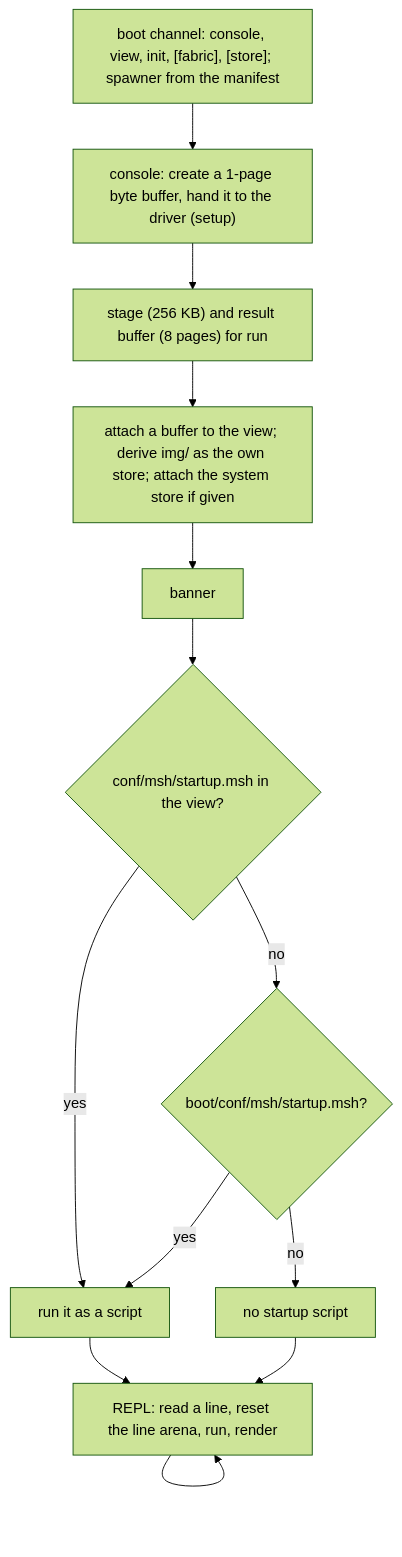
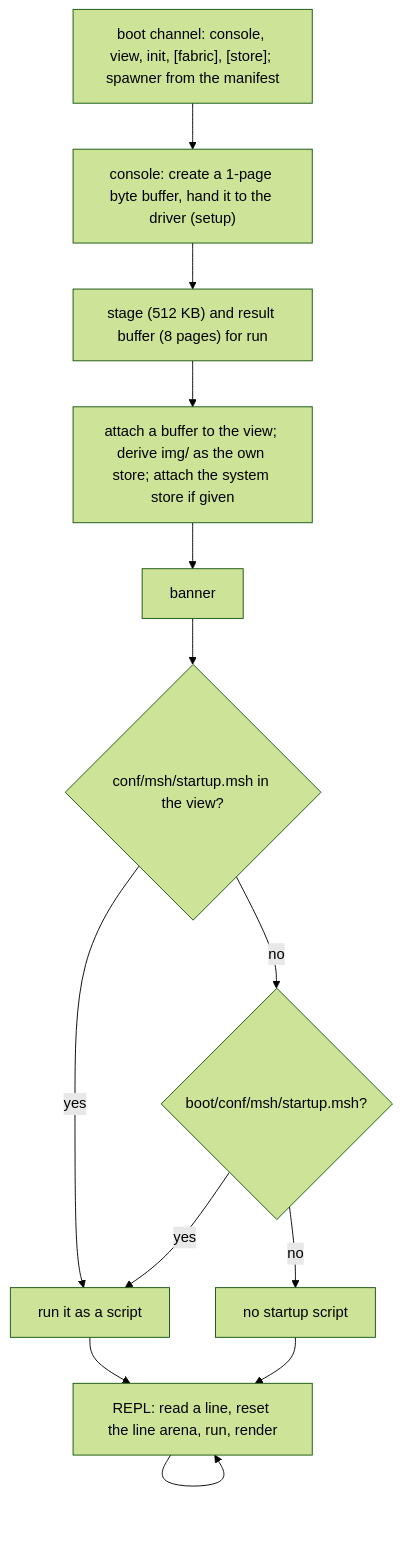
One commit to mylanconnolly/moss changed the fourth of 4 diagrams in docs/shell.md. Above: the diagram before and after it, drawn with Mermaid (forest theme). The commit also changed other lines of this file and 21 other files, not shown here.

````diff
--- a/docs/shell.md
+++ b/docs/shell.md
@@ -299,15 +299,15 @@
 ```mermaid
 flowchart TD
   A["boot channel: console, view, init, [fabric], [store]; spawner from the manifest"] --> B["console: create a 1-page byte buffer, hand it to the driver (setup)"]
-  B --> C["stage (256 KB) and result buffer (8 pages) for run"]
+  B --> C["stage (512 KB) and result buffer (8 pages) for run"]
   C --> D["attach a buffer to the view; derive img/ as the own store; attach the system store if given"]
   D --> E["banner"]
   E --> F{"conf/msh/startup.msh in the view?"}
   F -- yes --> G["run it as a script"]
   F -- no --> H{"boot/conf/msh/startup.msh?"}
   H -- yes --> G
   H -- no --> I["no startup script"]
   G --> J["REPL: read a line, reset the line arena, run, render"]
   I --> J
   J --> J
 ```
````
